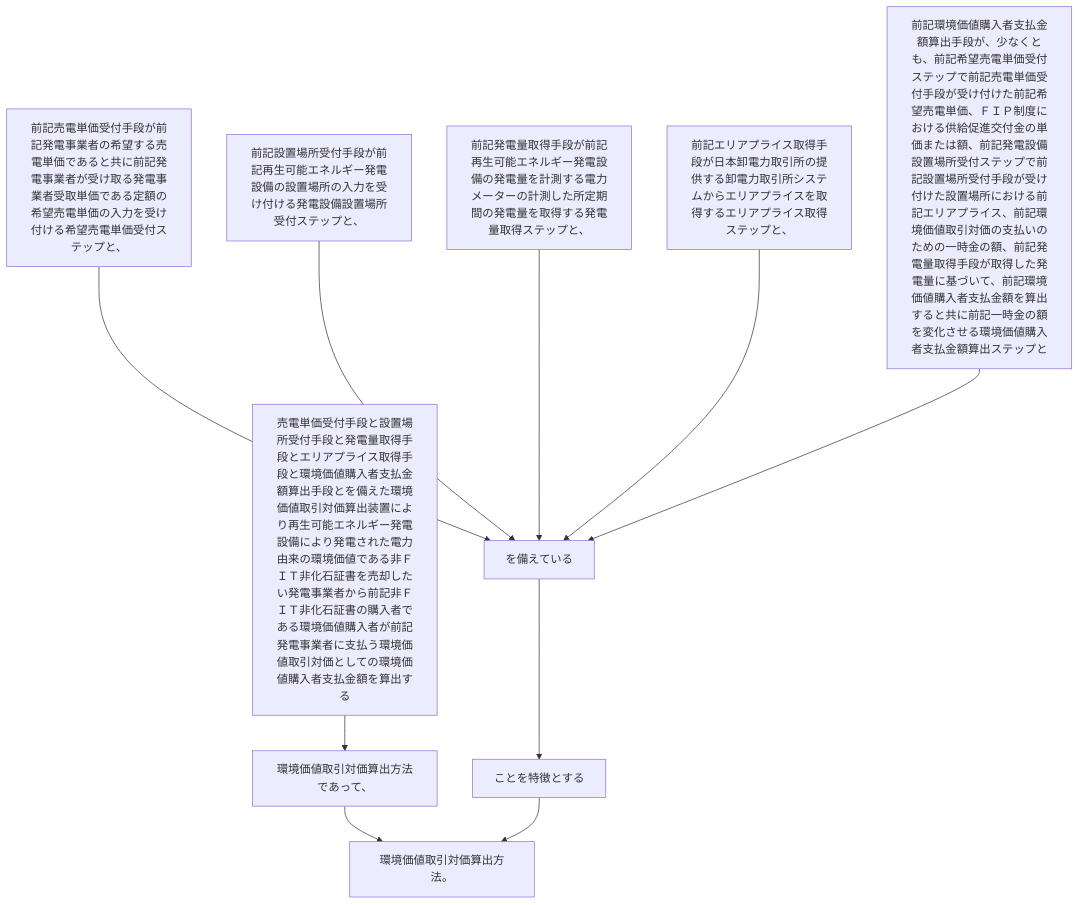
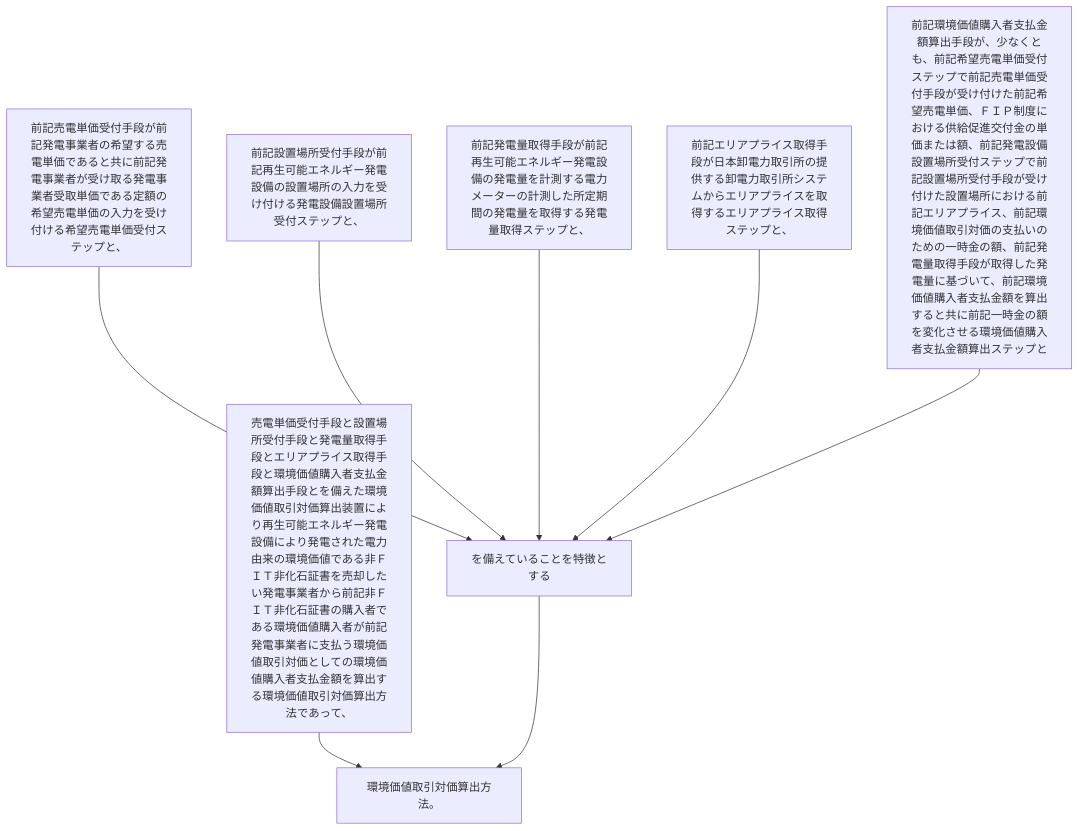
Before and after one commit to shinmori55/patent_analyzed: the diagram in 2024/JP2024027042A/claim_5/README.md, drawn with Mermaid. The commit also changed 336 other files, not shown here.

````diff
--- a/2024/JP2024027042A/claim_5/README.md
+++ b/2024/JP2024027042A/claim_5/README.md
@@ -7,22 +7,18 @@
 ```mermaid
 flowchart TD
-A[売電単価受付手段と設置場所受付手段と発電量取得手段とエリアプライス取得手段と環境価値購入者支払金額算出手段とを備えた環境価値取引対価算出装置により再生可能エネルギー発電設備により発電された電力由来の環境価値である非ＦＩＴ非化石証書を売却したい発電事業者から前記非ＦＩＴ非化石証書の購入者である環境価値購入者が前記発電事業者に支払う環境価値取引対価としての環境価値購入者支払金額を算出する]
-B[環境価値取引対価算出方法であって、]
-C[前記売電単価受付手段が前記発電事業者の希望する売電単価であると共に前記発電事業者が受け取る発電事業者受取単価である定額の希望売電単価の入力を受け付ける希望売電単価受付ステップと、]
-D[前記設置場所受付手段が前記再生可能エネルギー発電設備の設置場所の入力を受け付ける発電設備設置場所受付ステップと、]
-E[前記発電量取得手段が前記再生可能エネルギー発電設備の発電量を計測する電力メーターの計測した所定期間の発電量を取得する発電量取得ステップと、]
-F[前記エリアプライス取得手段が日本卸電力取引所の提供する卸電力取引所システムからエリアプライスを取得するエリアプライス取得ステップと、]
-G[前記環境価値購入者支払金額算出手段が、少なくとも、前記希望売電単価受付ステップで前記売電単価受付手段が受け付けた前記希望売電単価、ＦＩＰ制度における供給促進交付金の単価または額、前記発電設備設置場所受付ステップで前記設置場所受付手段が受け付けた設置場所における前記エリアプライス、前記環境価値取引対価の支払いのための一時金の額、前記発電量取得手段が取得した発電量に基づいて、前記環境価値購入者支払金額を算出すると共に前記一時金の額を変化させる環境価値購入者支払金額算出ステップと]
-H[を備えている]
-I[ことを特徴とする]
-J[環境価値取引対価算出方法。]
-A --> B
-B --> J
-C --> H
-D --> H
-E --> H
-F --> H
+A[売電単価受付手段と設置場所受付手段と発電量取得手段とエリアプライス取得手段と環境価値購入者支払金額算出手段とを備えた環境価値取引対価算出装置により再生可能エネルギー発電設備により発電された電力由来の環境価値である非ＦＩＴ非化石証書を売却したい発電事業者から前記非ＦＩＴ非化石証書の購入者である環境価値購入者が前記発電事業者に支払う環境価値取引対価としての環境価値購入者支払金額を算出する環境価値取引対価算出方法であって、]
+B[前記売電単価受付手段が前記発電事業者の希望する売電単価であると共に前記発電事業者が受け取る発電事業者受取単価である定額の希望売電単価の入力を受け付ける希望売電単価受付ステップと、]
+C[前記設置場所受付手段が前記再生可能エネルギー発電設備の設置場所の入力を受け付ける発電設備設置場所受付ステップと、]
+D[前記発電量取得手段が前記再生可能エネルギー発電設備の発電量を計測する電力メーターの計測した所定期間の発電量を取得する発電量取得ステップと、]
+E[前記エリアプライス取得手段が日本卸電力取引所の提供する卸電力取引所システムからエリアプライスを取得するエリアプライス取得ステップと、]
+F[前記環境価値購入者支払金額算出手段が、少なくとも、前記希望売電単価受付ステップで前記売電単価受付手段が受け付けた前記希望売電単価、ＦＩＰ制度における供給促進交付金の単価または額、前記発電設備設置場所受付ステップで前記設置場所受付手段が受け付けた設置場所における前記エリアプライス、前記環境価値取引対価の支払いのための一時金の額、前記発電量取得手段が取得した発電量に基づいて、前記環境価値購入者支払金額を算出すると共に前記一時金の額を変化させる環境価値購入者支払金額算出ステップと]
+G[を備えていることを特徴とする]
+H[環境価値取引対価算出方法。]
+A --> H
+B --> G
+C --> G
+D --> G
+E --> G
+F --> G
 G --> H
-H --> I
-I --> J
 ```
````
